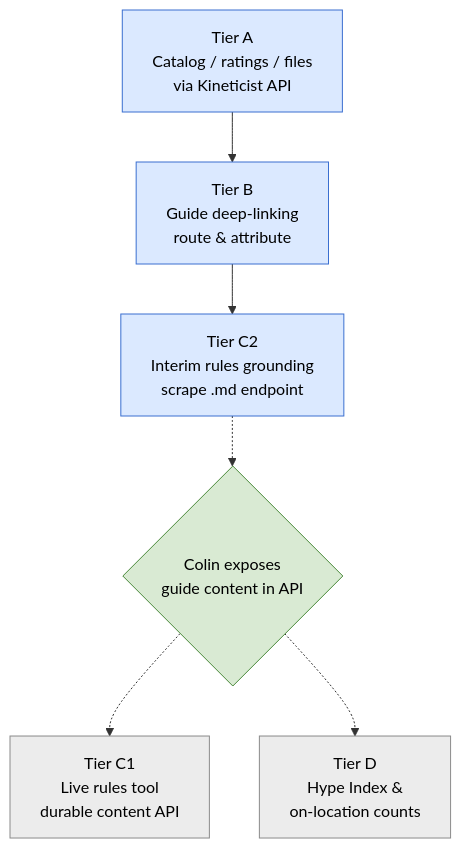
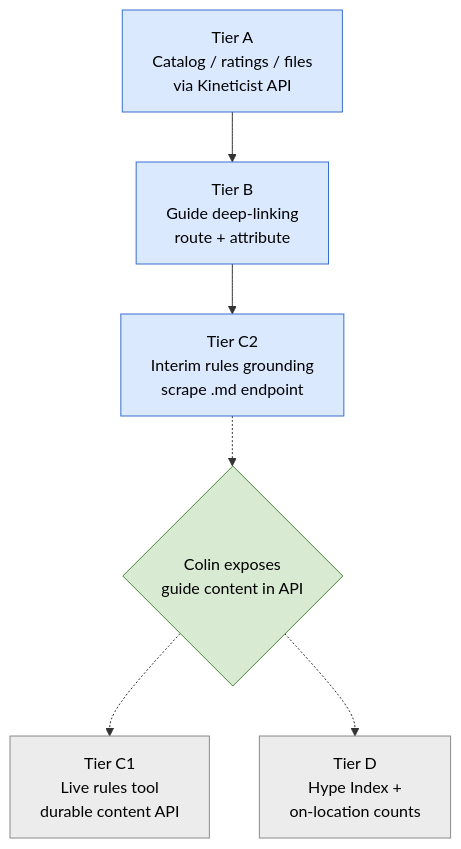
Before and after one commit to Early-Bird-Solutions-LLC/PinballWizard: the diagram in docs/adr/0043-kineticist-integration.md, drawn with Mermaid. The commit also changed 7 other files, not shown here.

First line of the commit message:
docs(diagrams) short single-line labels + drop &amp; to stop renderer truncation (#601)

````diff
--- a/docs/adr/0043-kineticist-integration.md
+++ b/docs/adr/0043-kineticist-integration.md
@@ -38,23 +38,23 @@
 ```mermaid
 flowchart TD
     A[Tier A<br/>Catalog / ratings / files<br/>via Kineticist API]
-    B["Tier B<br/>Guide deep-linking<br/>route &amp; attribute"]
+    B["Tier B<br/>Guide deep-linking<br/>route + attribute"]
     C2[Tier C2<br/>Interim rules grounding<br/>scrape .md endpoint]
     GATE{Colin exposes<br/>guide content in API}
     C1[Tier C1<br/>Live rules tool<br/>durable content API]
-    D["Tier D<br/>Hype Index &amp;<br/>on-location counts"]
+    D["Tier D<br/>Hype Index +<br/>on-location counts"]
 
     A --> B
     B --> C2
     C2 -.-> GATE
     GATE -.-> C1
     GATE -.-> D
 
     classDef svc fill:#dbe9ff,stroke:#3a6fd0,color:#000
     classDef future fill:#ececec,stroke:#8a8a8a,color:#000
     classDef gov fill:#d9ead3,stroke:#4a8a3a,color:#000
 
     class A,B,C2 svc
     class C1,D future
     class GATE gov
 ```
````
